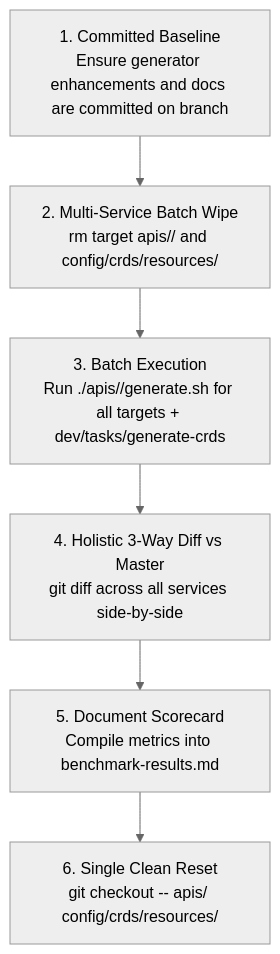
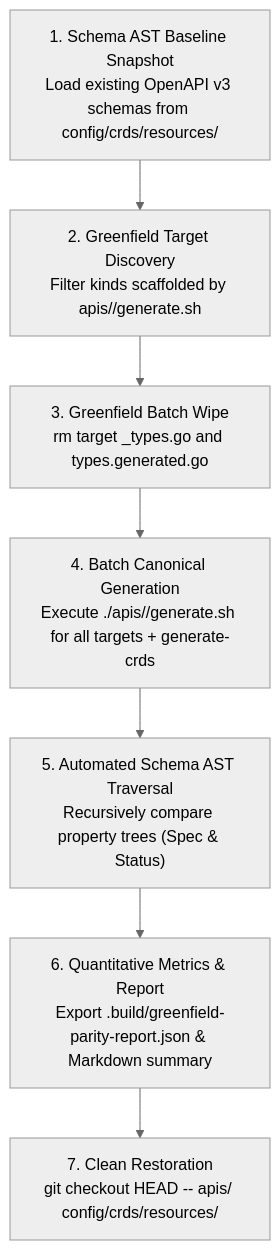
Before and after one commit to GoogleCloudPlatform/k8s-config-connector: the third of 3 diagrams in docs/designs/bulk-deterministic-crd-generation.md, drawn with Mermaid (neutral theme). The commit also changed other lines of this file and 2 other files, not shown here.

Commit message:
docs: update design docs with evaluation suite failures, calibration findings, and greenfield taxonomy

````diff
--- a/docs/designs/bulk-deterministic-crd-generation.md
+++ b/docs/designs/bulk-deterministic-crd-generation.md
@@ -142,8 +148,9 @@
 ```mermaid
 flowchart TD
-    A["1. Committed Baseline<br/>Ensure generator enhancements and docs are committed on branch"] --> B["2. Multi-Service Batch Wipe<br/>rm target apis/<service>/ and config/crds/resources/"]
-    B --> C["3. Batch Execution<br/>Run ./apis/<service>/generate.sh for all targets + dev/tasks/generate-crds"]
-    C --> D["4. Holistic 3-Way Diff vs Master<br/>git diff across all services side-by-side"]
-    D --> E["5. Document Scorecard<br/>Compile metrics into benchmark-results.md"]
-    E --> F["6. Single Clean Reset<br/>git checkout -- apis/ config/crds/resources/"]
+    A["1. Schema AST Baseline Snapshot<br/>Load existing OpenAPI v3 schemas from config/crds/resources/"] --> B["2. Greenfield Target Discovery<br/>Filter kinds scaffolded by apis/<service>/generate.sh"]
+    B --> C["3. Greenfield Batch Wipe<br/>rm target <kind>_types.go and types.generated.go"]
+    C --> D["4. Batch Canonical Generation<br/>Execute ./apis/<service>/generate.sh for all targets + generate-crds"]
+    D --> E["5. Automated Schema AST Traversal<br/>Recursively compare property trees (Spec & Status)"]
+    E --> F["6. Quantitative Metrics & Report<br/>Export .build/greenfield-parity-report.json & Markdown summary"]
+    F --> G["7. Clean Restoration<br/>git checkout HEAD -- apis/ config/crds/resources/"]
 ```
````
